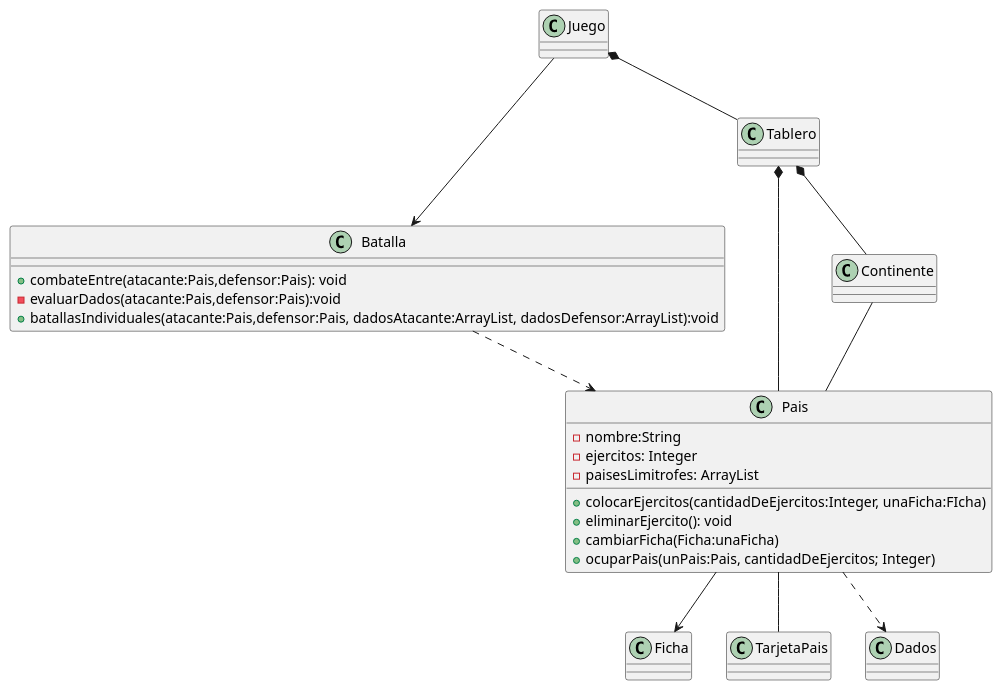
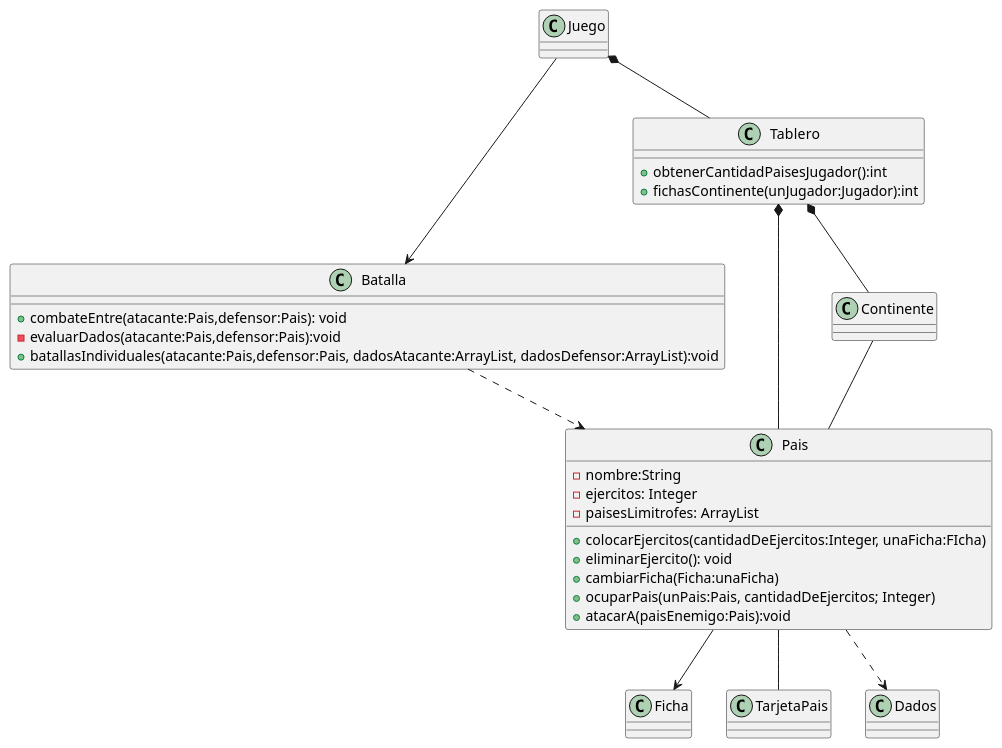
Before and after one commit to Cristianfca197/altego: the diagram in src/main/diagramas_puml/clasesTablero.puml, drawn with PlantUML. The commit also changed 7 other files, not shown here.

```diff
--- a/src/main/diagramas_puml/clasesTablero.puml
+++ b/src/main/diagramas_puml/clasesTablero.puml
@@ -1,31 +1,37 @@
 @startuml
 
 class Pais{
     - nombre:String
     -ejercitos: Integer
     -paisesLimitrofes: ArrayList
 
     + colocarEjercitos(cantidadDeEjercitos:Integer, unaFicha:FIcha)
     + eliminarEjercito(): void
     + cambiarFicha(Ficha:unaFicha)
     + ocuparPais(unPais:Pais, cantidadDeEjercitos; Integer)
+    + atacarA(paisEnemigo:Pais):void
 }
 
 class Batalla{
     + combateEntre(atacante:Pais,defensor:Pais): void
     - evaluarDados(atacante:Pais,defensor:Pais):void
     + batallasIndividuales(atacante:Pais,defensor:Pais, dadosAtacante:ArrayList, dadosDefensor:ArrayList):void
+}
+class Tablero{
+    + obtenerCantidadPaisesJugador():int
+    + fichasContinente(unJugador:Jugador):int
+
 }
 Juego *-- Tablero
 Tablero *-- Continente
 Tablero *--Pais
 Continente-- Pais
 
 Pais --> Ficha
 Pais -- TarjetaPais
 Pais ..> Dados
 
 Juego --> Batalla
 Batalla ..> Pais
 
 @enduml
```
